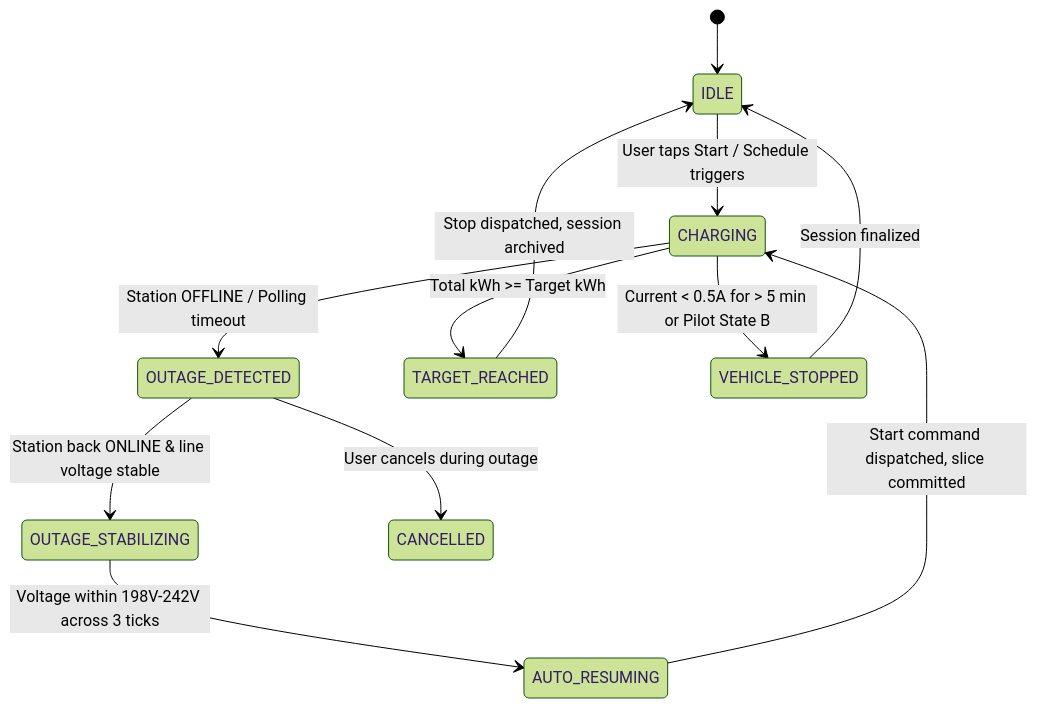
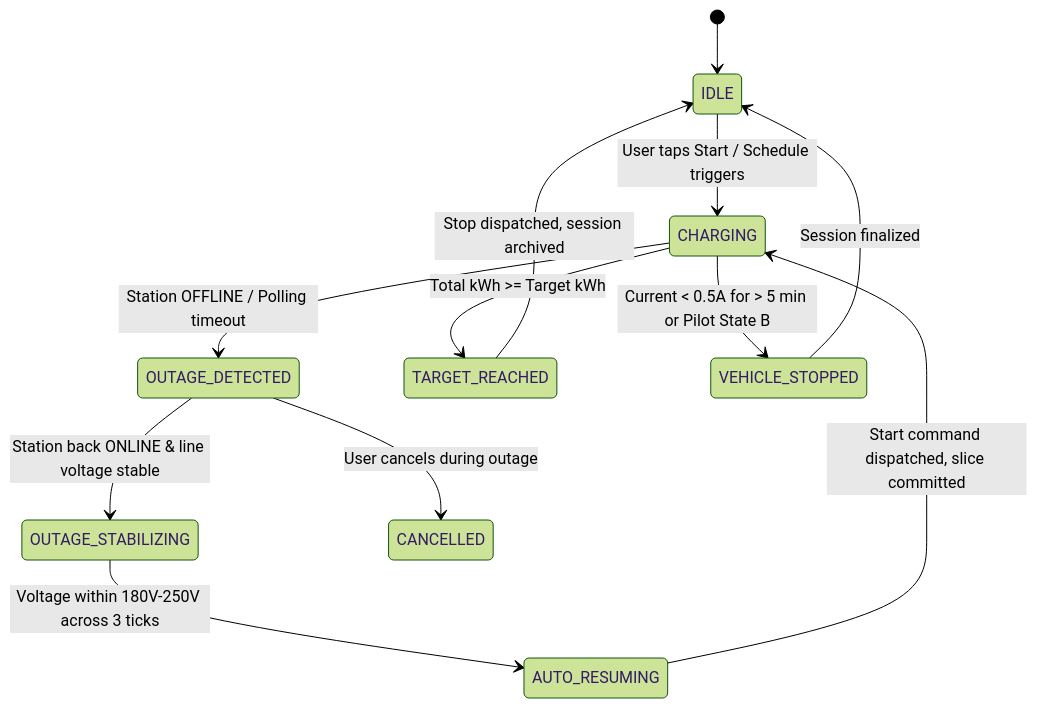
One commit to aleksandrtk/electros-app changed the diagram in docs/designs/electros_ev_client.md. Above: the diagram before and after it, drawn with Mermaid (forest theme). The commit also changed other lines of this file and 10 other files, not shown here.

````diff
--- a/docs/designs/electros_ev_client.md
+++ b/docs/designs/electros_ev_client.md
@@ -99,14 +99,14 @@
 ```mermaid
 stateDiagram-v2
     [*] --> IDLE
     IDLE --> CHARGING: User taps Start / Schedule triggers
     CHARGING --> OUTAGE_DETECTED: Station OFFLINE / Polling timeout
     OUTAGE_DETECTED --> OUTAGE_STABILIZING: Station back ONLINE & line voltage stable
-    OUTAGE_STABILIZING --> AUTO_RESUMING: Voltage within 198V-242V across 3 ticks
+    OUTAGE_STABILIZING --> AUTO_RESUMING: Voltage within 180V-250V across 3 ticks
     AUTO_RESUMING --> CHARGING: Start command dispatched, slice committed
     CHARGING --> TARGET_REACHED: Total kWh >= Target kWh
     CHARGING --> VEHICLE_STOPPED: Current < 0.5A for > 5 min or Pilot State B
     OUTAGE_DETECTED --> CANCELLED: User cancels during outage
     TARGET_REACHED --> IDLE: Stop dispatched, session archived
     VEHICLE_STOPPED --> IDLE: Session finalized
 ```
````
